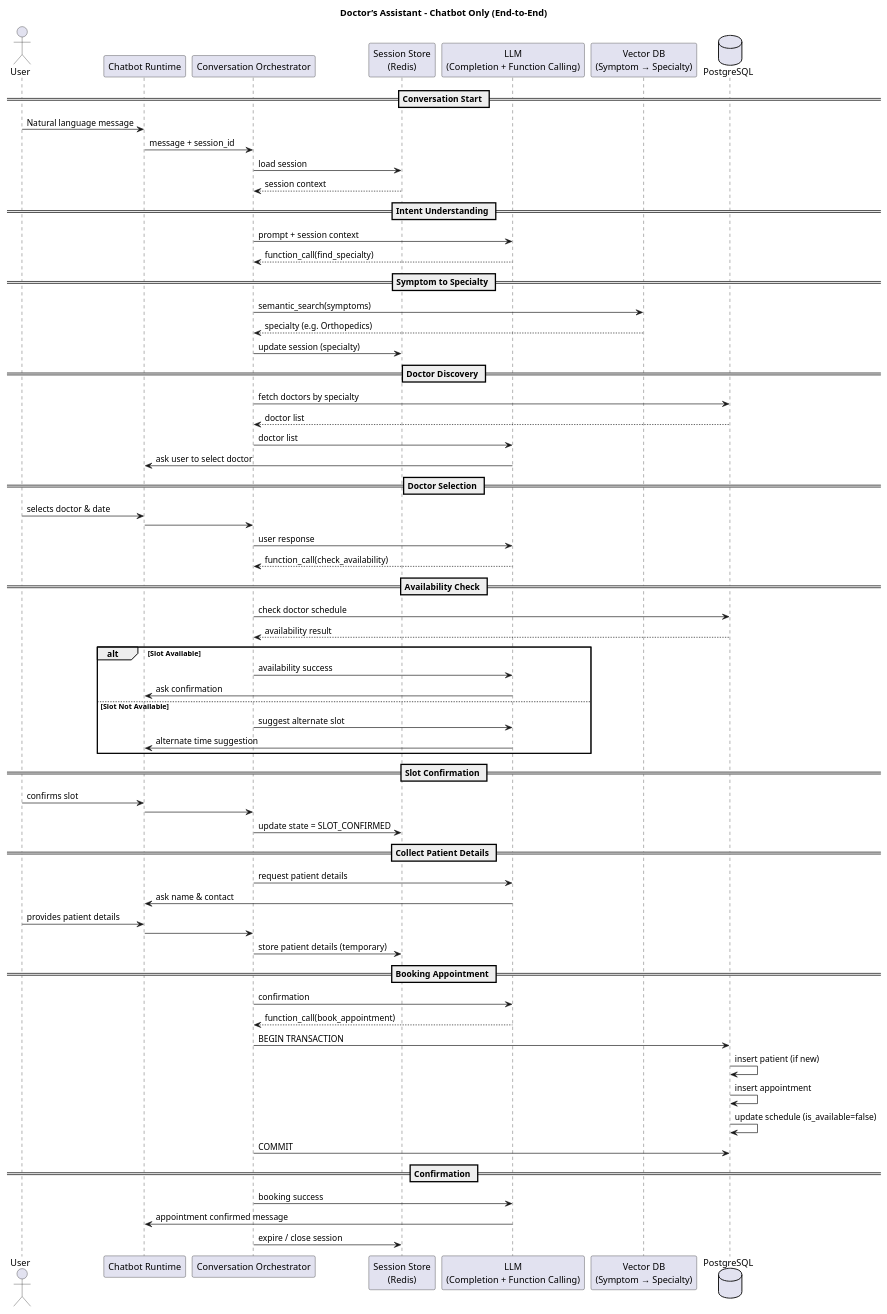
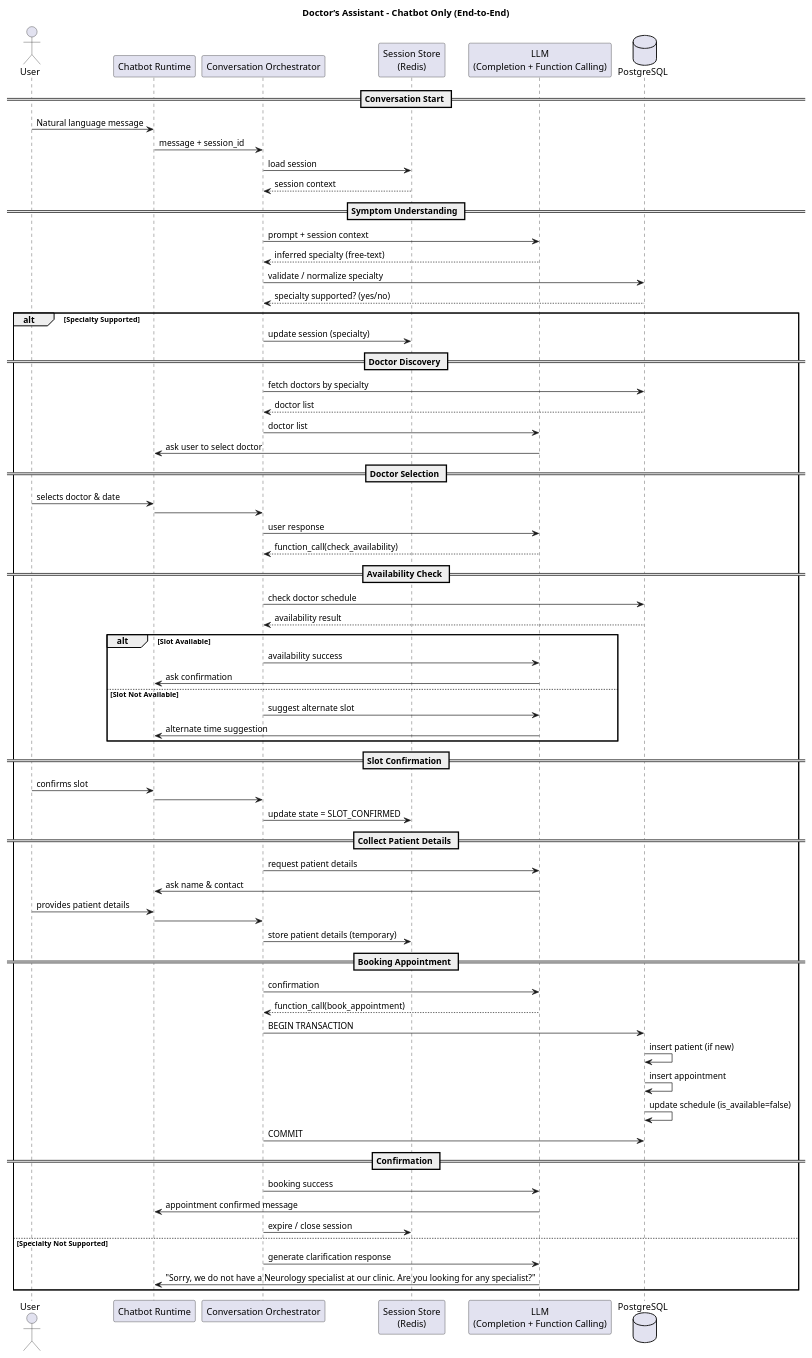
The diagram in docs/doctor-assistant.md (Satyanarayana06b/doctors_assistant), drawn with PlantUML before and after one commit. The commit also changed 1 other file, not shown here.

Commit message:
removed vector db from sequence diagram

````diff
--- a/docs/doctor-assistant.md
+++ b/docs/doctor-assistant.md
@@ -21,7 +21,6 @@
 participant "Conversation Orchestrator" as CO
 participant "Session Store\n(Redis)" as SS
 participant "LLM\n(Completion + Function Calling)" as LLM
-participant "Vector DB\n(Symptom → Specialty)" as VDB
 database "PostgreSQL" as DB
 
 == Conversation Start ==
@@ -30,65 +29,71 @@
 CO -> SS : load session
 SS --> CO : session context
 
-== Intent Understanding ==
+== Symptom Understanding ==
 CO -> LLM : prompt + session context
-LLM --> CO : function_call(find_specialty)
+LLM --> CO : inferred specialty (free-text)
 
-== Symptom to Specialty ==
-CO -> VDB : semantic_search(symptoms)
-VDB --> CO : specialty (e.g. Orthopedics)
-CO -> SS : update session (specialty)
+CO -> DB : validate / normalize specialty
+DB --> CO : specialty supported? (yes/no)
 
-== Doctor Discovery ==
-CO -> DB : fetch doctors by specialty
-DB --> CO : doctor list
-CO -> LLM : doctor list
-LLM -> Bot : ask user to select doctor
+alt Specialty Supported
+    CO -> SS : update session (specialty)
 
-== Doctor Selection ==
-User -> Bot : selects doctor & date
-Bot -> CO
-CO -> LLM : user response
-LLM --> CO : function_call(check_availability)
+    == Doctor Discovery ==
+    CO -> DB : fetch doctors by specialty
+    DB --> CO : doctor list
+    CO -> LLM : doctor list
+    LLM -> Bot : ask user to select doctor
 
-== Availability Check ==
-CO -> DB : check doctor schedule
-DB --> CO : availability result
+    == Doctor Selection ==
+    User -> Bot : selects doctor & date
+    Bot -> CO
+    CO -> LLM : user response
+    LLM --> CO : function_call(check_availability)
 
-alt Slot Available
-    CO -> LLM : availability success
-    LLM -> Bot : ask confirmation
-else Slot Not Available
-    CO -> LLM : suggest alternate slot
-    LLM -> Bot : alternate time suggestion
+    == Availability Check ==
+    CO -> DB : check doctor schedule
+    DB --> CO : availability result
+
+    alt Slot Available
+        CO -> LLM : availability success
+        LLM -> Bot : ask confirmation
+    else Slot Not Available
+        CO -> LLM : suggest alternate slot
+        LLM -> Bot : alternate time suggestion
+    end
+
+    == Slot Confirmation ==
+    User -> Bot : confirms slot
+    Bot -> CO
+    CO -> SS : update state = SLOT_CONFIRMED
+
+    == Collect Patient Details ==
+    CO -> LLM : request patient details
+    LLM -> Bot : ask name & contact
+    User -> Bot : provides patient details
+    Bot -> CO
+    CO -> SS : store patient details (temporary)
+
+    == Booking Appointment ==
+    CO -> LLM : confirmation
+    LLM --> CO : function_call(book_appointment)
+
+    CO -> DB : BEGIN TRANSACTION
+    DB -> DB : insert patient (if new)
+    DB -> DB : insert appointment
+    DB -> DB : update schedule (is_available=false)
+    CO -> DB : COMMIT
+
+    == Confirmation ==
+    CO -> LLM : booking success
+    LLM -> Bot : appointment confirmed message
+    CO -> SS : expire / close session
+
+else Specialty Not Supported
+    CO -> LLM : generate clarification response
+    LLM -> Bot : "Sorry, we do not have a Neurology specialist at our clinic. Are you looking for any specialist?"
 end
-
-== Slot Confirmation ==
-User -> Bot : confirms slot
-Bot -> CO
-CO -> SS : update state = SLOT_CONFIRMED
-
-== Collect Patient Details ==
-CO -> LLM : request patient details
-LLM -> Bot : ask name & contact
-User -> Bot : provides patient details
-Bot -> CO
-CO -> SS : store patient details (temporary)
-
-== Booking Appointment ==
-CO -> LLM : confirmation
-LLM --> CO : function_call(book_appointment)
-
-CO -> DB : BEGIN TRANSACTION
-DB -> DB : insert patient (if new)
-DB -> DB : insert appointment
-DB -> DB : update schedule (is_available=false)
-CO -> DB : COMMIT
-
-== Confirmation ==
-CO -> LLM : booking success
-LLM -> Bot : appointment confirmed message
-CO -> SS : expire / close session
 
 @enduml
 ```
````
